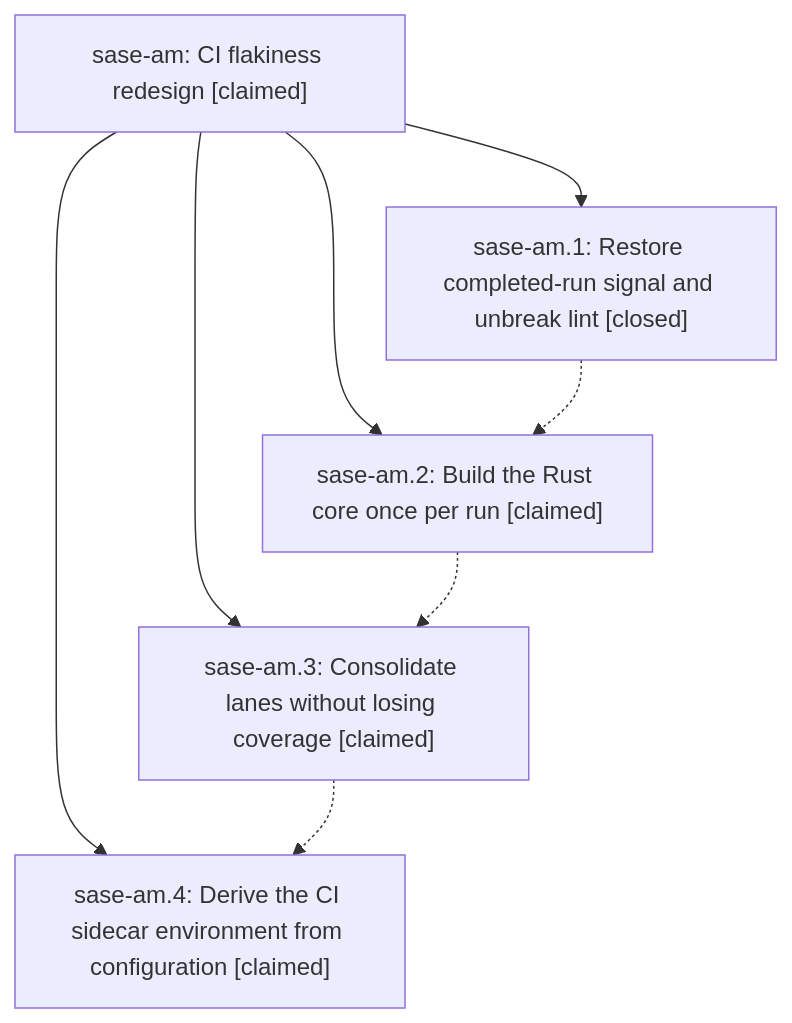
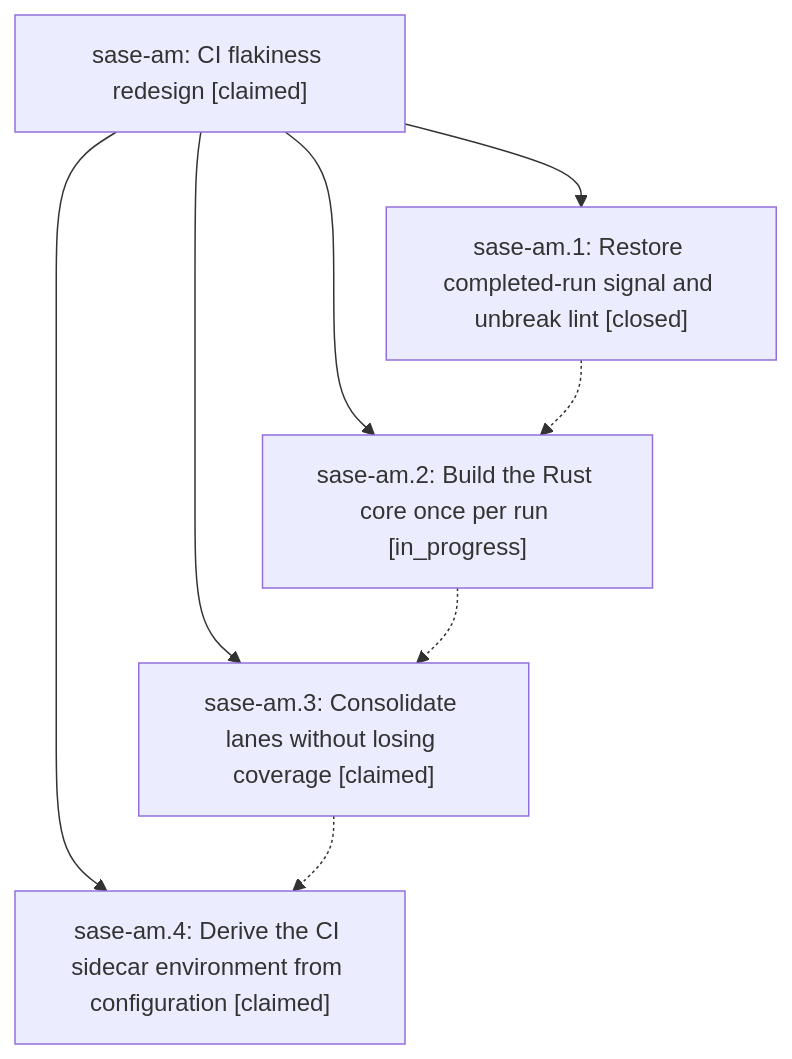
One commit to sase-org/sase--beads changed the diagram in pages/sase-am/README.md. Above: the diagram before and after it, drawn with Mermaid. The commit also changed other lines of this file and 16 other files, not shown here.

````diff
--- a/pages/sase-am/README.md
+++ b/pages/sase-am/README.md
@@ -25,15 +25,15 @@
 ```mermaid
 flowchart TD
     n0["sase-am: CI flakiness redesign [claimed]"]
     n1["sase-am.1: Restore completed-run signal and unbreak lint [closed]"]
-    n2["sase-am.2: Build the Rust core once per run [claimed]"]
+    n2["sase-am.2: Build the Rust core once per run [in_progress]"]
     n3["sase-am.3: Consolidate lanes without losing coverage [claimed]"]
     n4["sase-am.4: Derive the CI sidecar environment from configuration [claimed]"]
     n0 --> n1
     n0 --> n2
     n0 --> n3
     n0 --> n4
     n1 -.-> n2
     n2 -.-> n3
     n3 -.-> n4
 ```
````
